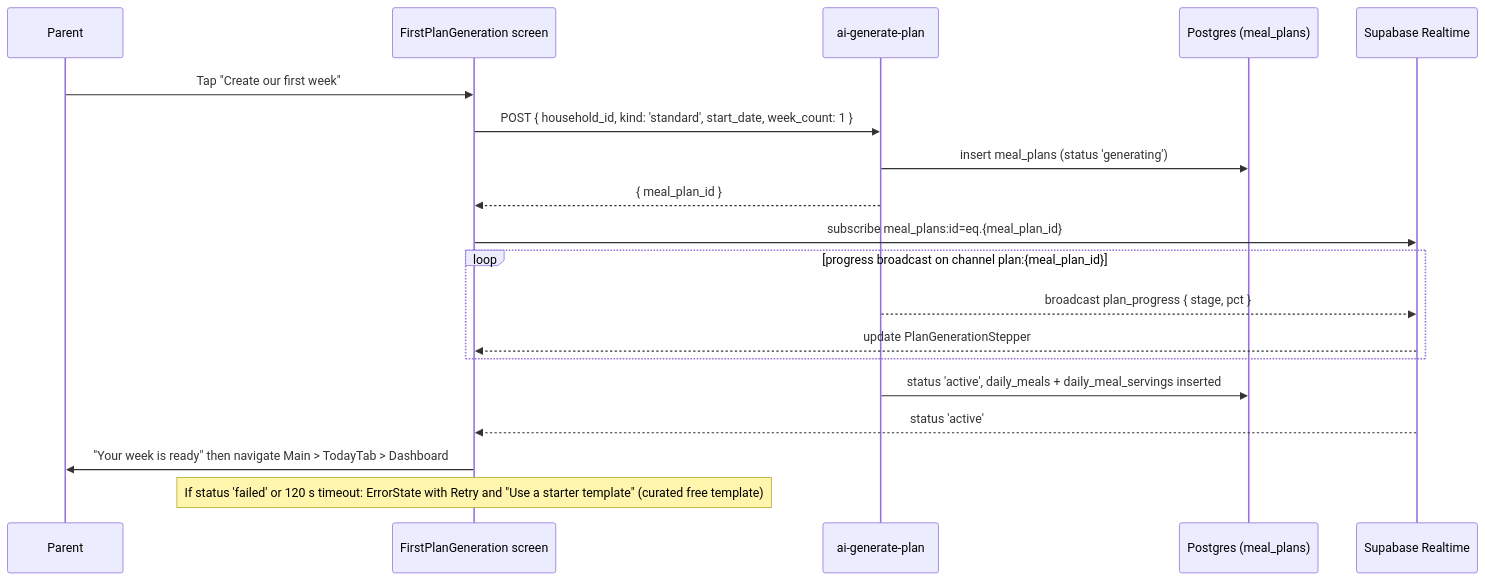
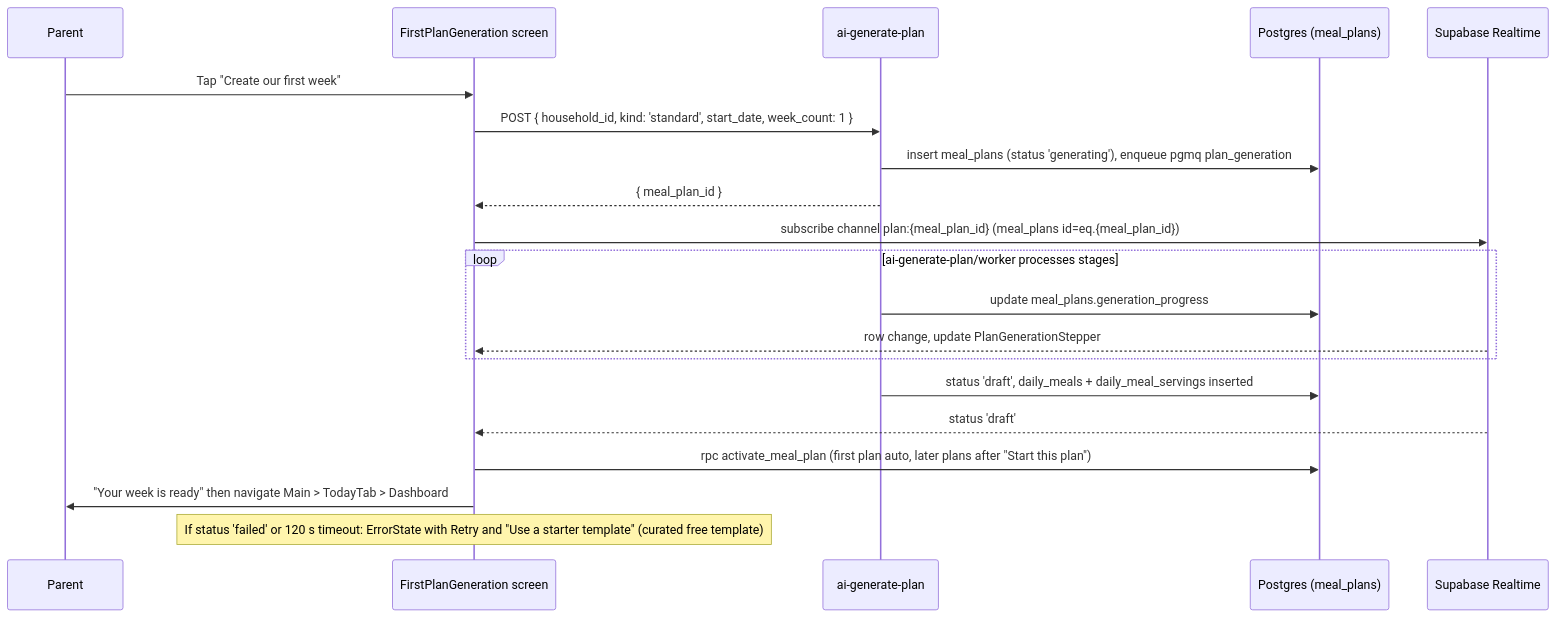
The fifth of 13 diagrams in docs/02-ux-specification.md (mtafseerhaider/qanun-al-thuluth), drawn with Mermaid before and after one commit. The commit also changed other lines of this file and 18 other files, not shown here.

First line of the commit message:
docs: reconcile cross-document decisions and consolidate schema additions

````diff
--- a/docs/02-ux-specification.md
+++ b/docs/02-ux-specification.md
@@ -608,21 +608,22 @@
 ```mermaid
 sequenceDiagram
   participant U as Parent
   participant App as FirstPlanGeneration screen
   participant EF as ai-generate-plan
   participant DB as Postgres (meal_plans)
   participant RT as Supabase Realtime
   U->>App: Tap "Create our first week"
   App->>EF: POST { household_id, kind: 'standard', start_date, week_count: 1 }
-  EF->>DB: insert meal_plans (status 'generating')
+  EF->>DB: insert meal_plans (status 'generating'), enqueue pgmq plan_generation
   EF-->>App: { meal_plan_id }
-  App->>RT: subscribe meal_plans:id=eq.{meal_plan_id}
-  loop progress broadcast on channel plan:{meal_plan_id}
-    EF-->>RT: broadcast plan_progress { stage, pct }
-    RT-->>App: update PlanGenerationStepper
+  App->>RT: subscribe channel plan:{meal_plan_id} (meal_plans id=eq.{meal_plan_id})
+  loop ai-generate-plan/worker processes stages
+    EF->>DB: update meal_plans.generation_progress
+    RT-->>App: row change, update PlanGenerationStepper
   end
-  EF->>DB: status 'active', daily_meals + daily_meal_servings inserted
-  RT-->>App: status 'active'
+  EF->>DB: status 'draft', daily_meals + daily_meal_servings inserted
+  RT-->>App: status 'draft'
+  App->>DB: rpc activate_meal_plan (first plan auto, later plans after "Start this plan")
   App->>U: "Your week is ready" then navigate Main > TodayTab > Dashboard
   Note over App: If status 'failed' or 120 s timeout: ErrorState with Retry and "Use a starter template" (curated free template)
 ```
````
